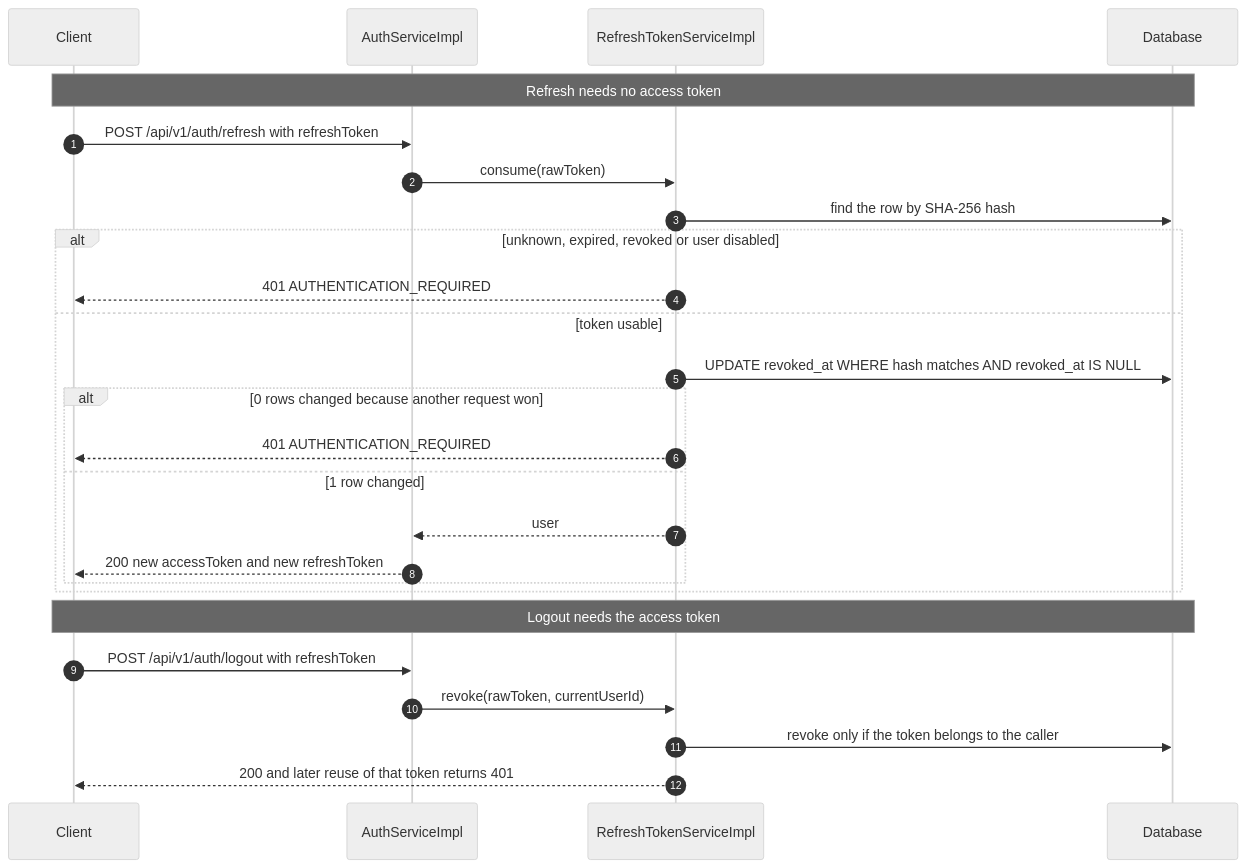
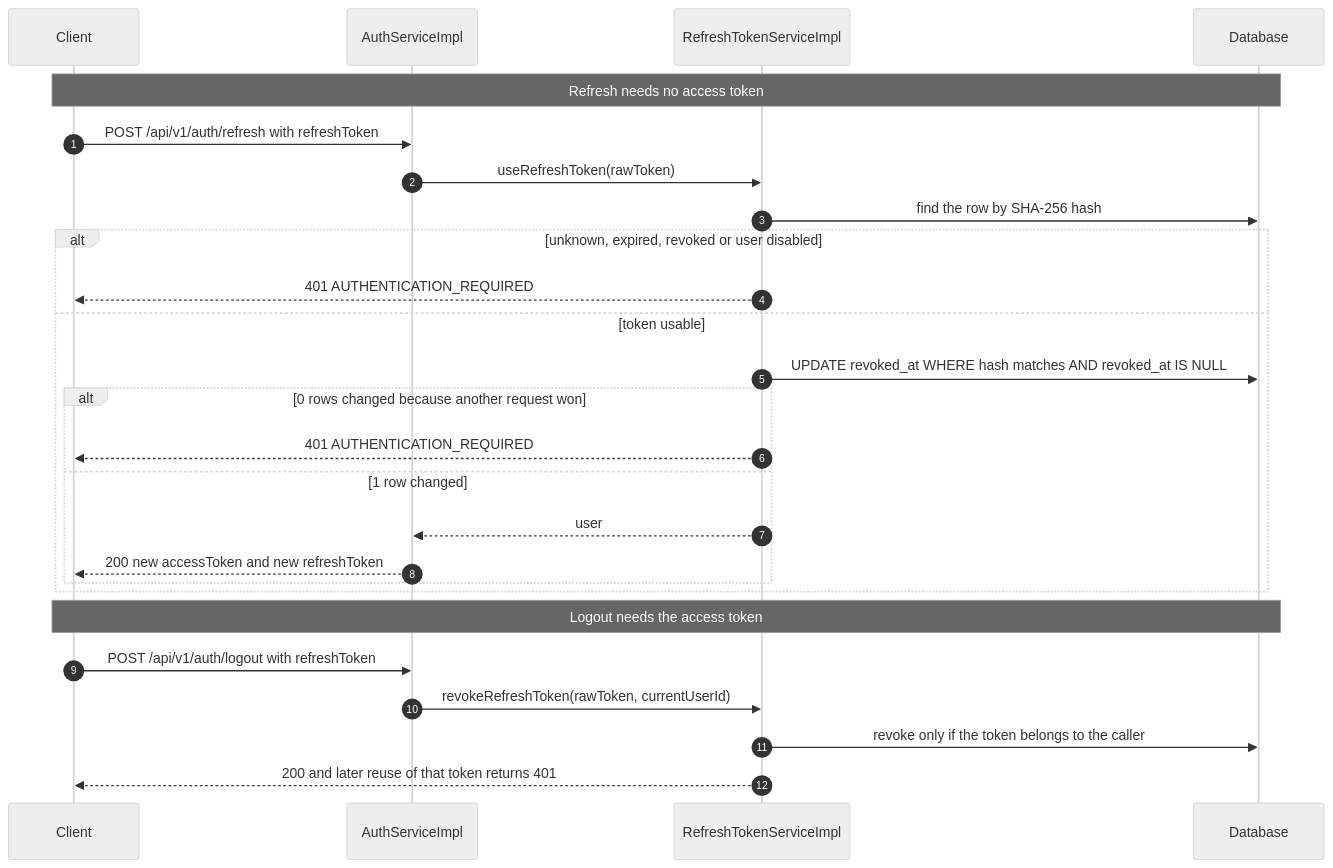
One commit to e-commercial-marketplace/commerce-platform-docs changed the fourth of 4 diagrams in features/auth/SECURITY_FLOW.md. Above: the diagram before and after it, drawn with Mermaid (neutral theme). The commit also changed other lines of this file and 3 other files, not shown here.

Commit message:
docs(naming): use the renamed service methods in sequence diagrams

````diff
--- a/features/auth/SECURITY_FLOW.md
+++ b/features/auth/SECURITY_FLOW.md
@@ -151,28 +151,28 @@
 ```mermaid
 sequenceDiagram
     autonumber
     participant Client
     participant Auth as AuthServiceImpl
     participant Refresh as RefreshTokenServiceImpl
     participant DB as Database
     Note over Client,DB: Refresh needs no access token
     Client->>Auth: POST /api/v1/auth/refresh with refreshToken
-    Auth->>Refresh: consume(rawToken)
+    Auth->>Refresh: useRefreshToken(rawToken)
     Refresh->>DB: find the row by SHA-256 hash
     alt unknown, expired, revoked or user disabled
         Refresh-->>Client: 401 AUTHENTICATION_REQUIRED
     else token usable
         Refresh->>DB: UPDATE revoked_at WHERE hash matches AND revoked_at IS NULL
         alt 0 rows changed because another request won
             Refresh-->>Client: 401 AUTHENTICATION_REQUIRED
         else 1 row changed
             Refresh-->>Auth: user
             Auth-->>Client: 200 new accessToken and new refreshToken
         end
     end
     Note over Client,DB: Logout needs the access token
     Client->>Auth: POST /api/v1/auth/logout with refreshToken
-    Auth->>Refresh: revoke(rawToken, currentUserId)
+    Auth->>Refresh: revokeRefreshToken(rawToken, currentUserId)
     Refresh->>DB: revoke only if the token belongs to the caller
     Refresh-->>Client: 200 and later reuse of that token returns 401
 ```
````
